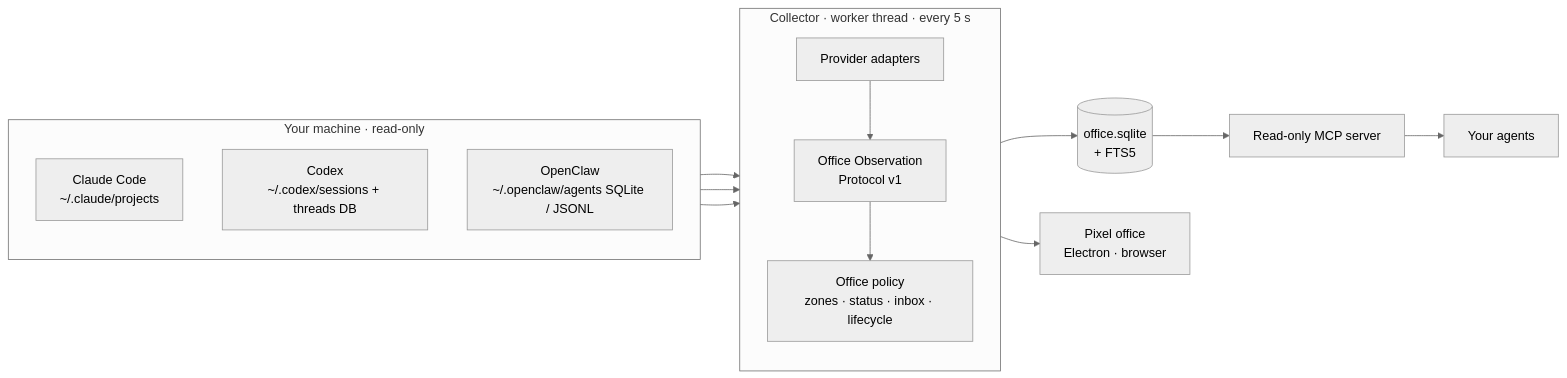
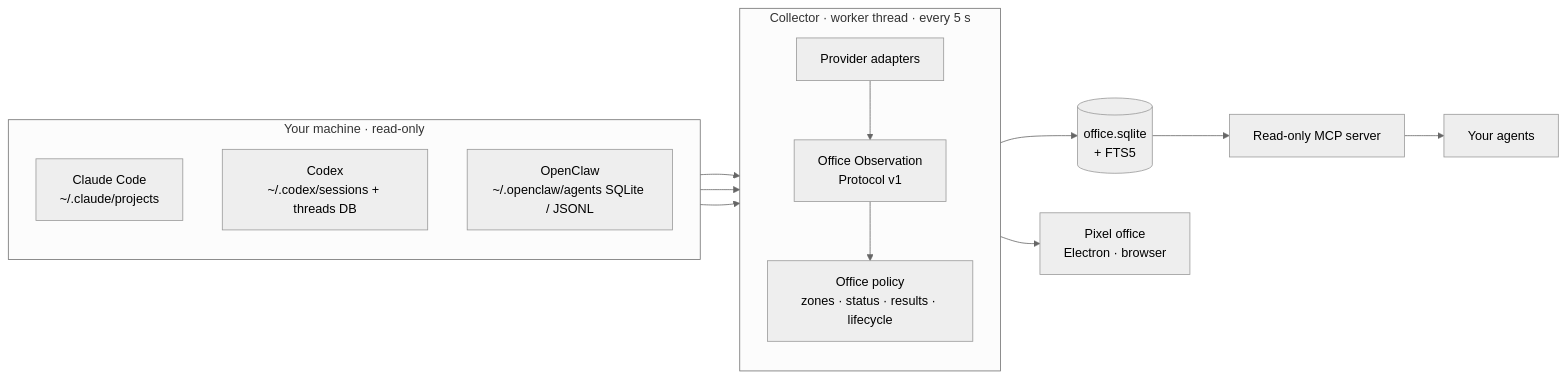
Before and after one commit to kys42/agent-office: the diagram in README.md, drawn with Mermaid (neutral theme). The commit also changed other lines of this file and 97 other files, not shown here.

````diff
--- a/README.md
+++ b/README.md
@@ -176,17 +175,17 @@
 ```mermaid
 flowchart LR
   subgraph SRC["Your machine · read-only"]
     direction TB
     CC["Claude Code<br/>~/.claude/projects"]
     CX["Codex<br/>~/.codex/sessions + threads DB"]
     OC["OpenClaw<br/>~/.openclaw/agents SQLite / JSONL"]
   end
   subgraph WK["Collector · worker thread · every 5 s"]
     direction TB
-    AD["Provider adapters"] --> OP["Office Observation<br/>Protocol v1"] --> PO["Office policy<br/>zones · status · inbox · lifecycle"]
+    AD["Provider adapters"] --> OP["Office Observation<br/>Protocol v1"] --> PO["Office policy<br/>zones · status · results · lifecycle"]
   end
   CC & CX & OC --> AD
   PO --> DB[("office.sqlite<br/>+ FTS5")]
   PO --> UI["Pixel office<br/>Electron · browser"]
   DB --> MCP["Read-only MCP server"] --> AG["Your agents"]
 ```
````
